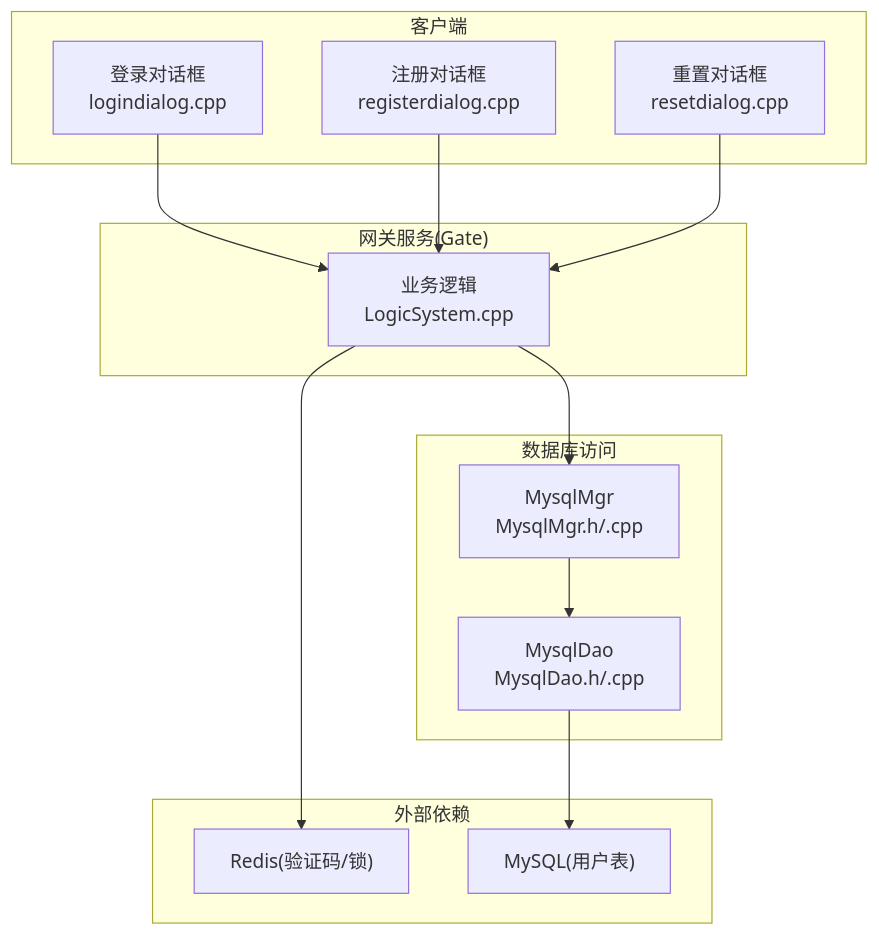
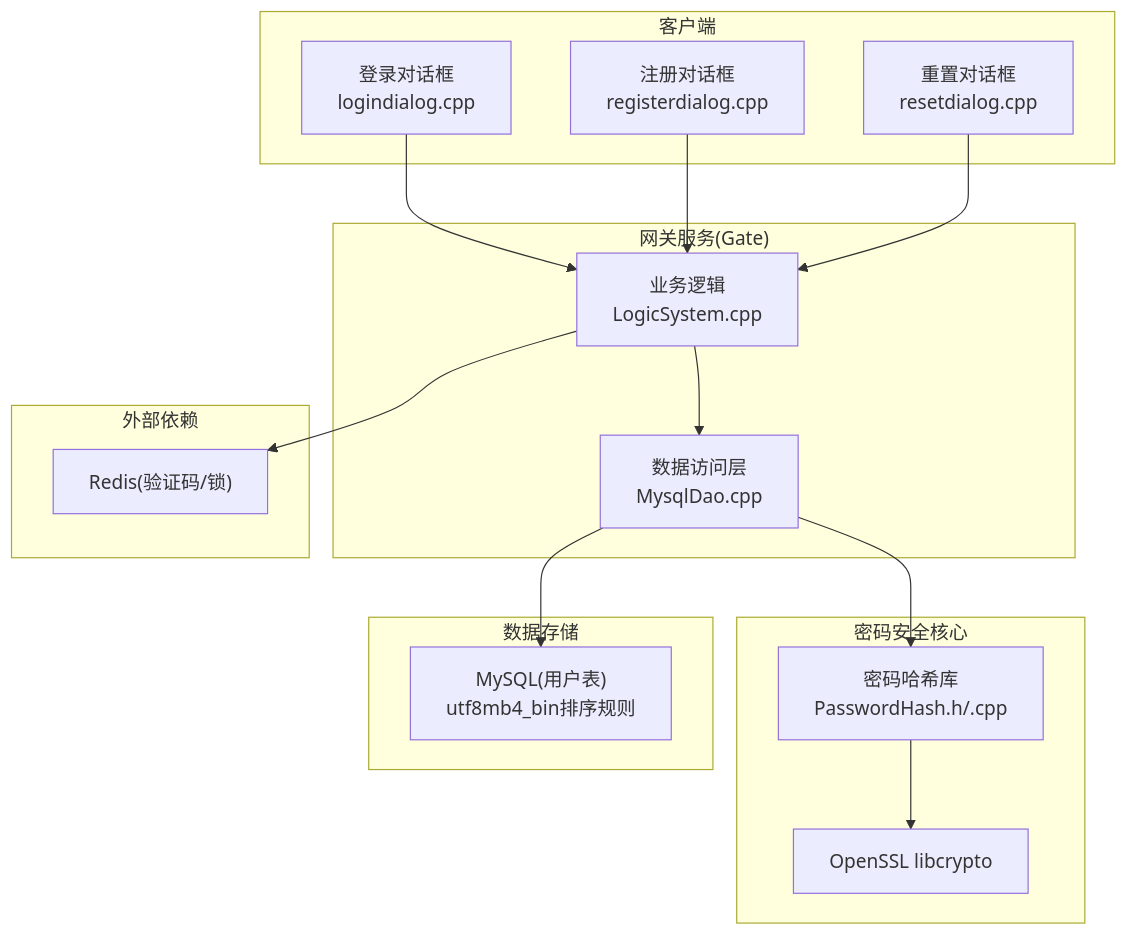
Before and after one commit to echo9923/mychatter: the first of 9 diagrams in .qoder/repowiki/zh/content/安全设计/身份认证系统/密码安全策略.md, drawn with Mermaid. The commit also changed other lines of this file and 58 other files, not shown here.

````diff
--- a/.qoder/repowiki/zh/content/安全设计/身份认证系统/密码安全策略.md
+++ b/.qoder/repowiki/zh/content/安全设计/身份认证系统/密码安全策略.md
@@ -42,26 +56,30 @@
 ```mermaid
 graph TB
 subgraph "客户端"
 LD["登录对话框<br/>logindialog.cpp"]
 RD["注册对话框<br/>registerdialog.cpp"]
 RTD["重置对话框<br/>resetdialog.cpp"]
 end
 subgraph "网关服务(Gate)"
 LS["业务逻辑<br/>LogicSystem.cpp"]
+DAO["数据访问层<br/>MysqlDao.cpp"]
 end
-subgraph "数据库访问"
-MGR["MysqlMgr<br/>MysqlMgr.h/.cpp"]
-DAO["MysqlDao<br/>MysqlDao.h/.cpp"]
+subgraph "密码安全核心"
+PH["密码哈希库<br/>PasswordHash.h/.cpp"]
+OPENSSL["OpenSSL libcrypto"]
+end
+subgraph "数据存储"
+DB["MySQL(用户表)<br/>utf8mb4_bin排序规则"]
 end
 subgraph "外部依赖"
 REDIS["Redis(验证码/锁)"]
-DB["MySQL(用户表)"]
 end
 LD --> LS
 RD --> LS
 RTD --> LS
-LS --> MGR
-MGR --> DAO
+LS --> DAO
+DAO --> PH
+PH --> OPENSSL
 DAO --> DB
 LS --> REDIS
 ```
````
